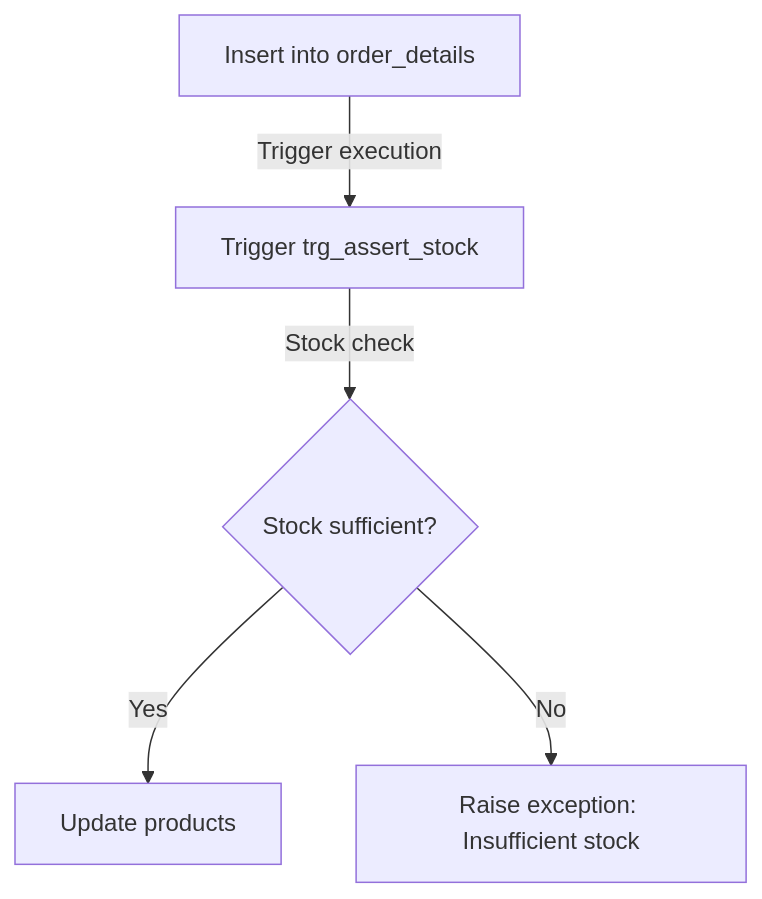
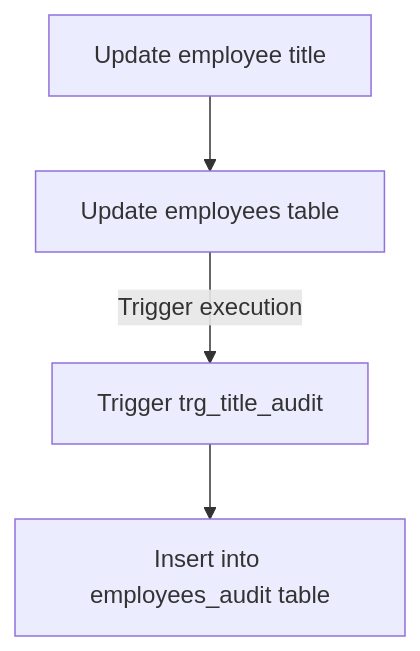
The first of 2 diagrams in README.md (lealre/northwind-PLpgSQL), drawn with Mermaid before and after one commit. The commit also changed other lines of this file and 1 other file, not shown here.

````diff
--- a/README.md
+++ b/README.md
@@ -5,7 +17,6 @@
 ```mermaid
 graph TB;
-    A[Insert into order_details] -- Trigger execution --> B[Trigger trg_assert_stock];
-    B -- Stock check --> C{Stock sufficient?};
-    C -- Yes --> D[Update products];
-    C -- No --> E[Raise exception: Insufficient stock];
+    A[Update employee title] --> B[Update employees table];
+    B -- Trigger execution --> C[Trigger trg_title_audit];
+    C --> D[Insert into employees_audit table];
 ```
````
